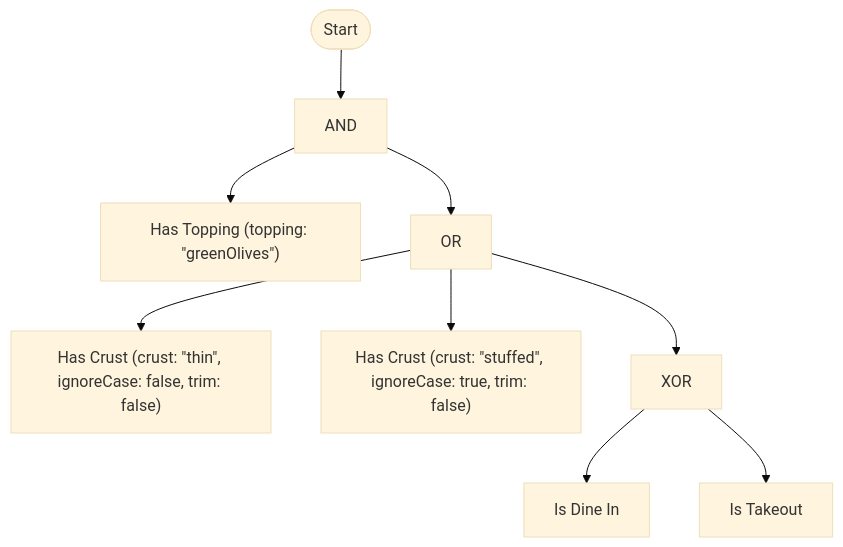
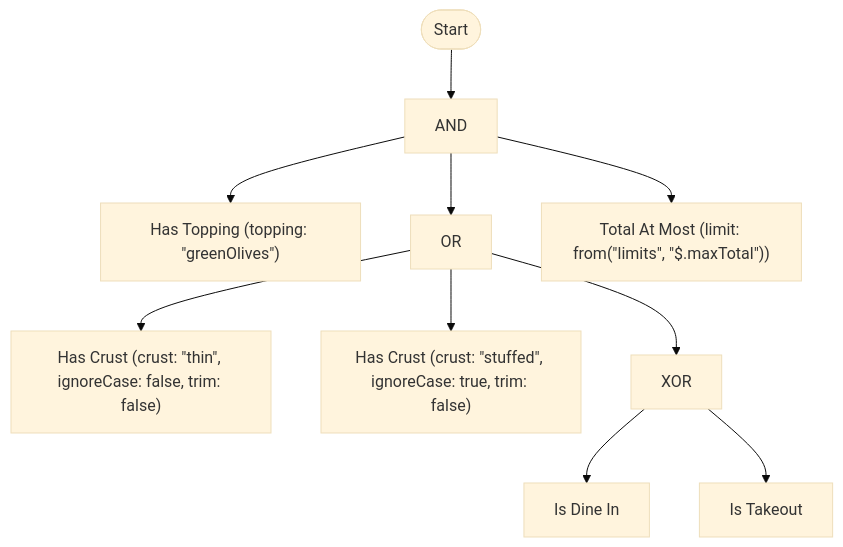
Before and after one commit to rheone/TruthWeaver: the first of 4 diagrams in docs/examples.md, drawn with Mermaid (base theme). The commit also changed other lines of this file and 822 other files, not shown here.

````diff
--- a/docs/examples.md
+++ b/docs/examples.md
@@ -252,19 +330,21 @@
 ```mermaid
 flowchart TD
     Start(["Start"]) --> n0
     n0["AND"]
     n1["Has Topping (topping: #quot;greenOlives#quot;)"]
     n0 --> n1
     n2["OR"]
     n3["Has Crust (crust: #quot;thin#quot;, ignoreCase: false, trim: false)"]
     n2 --> n3
     n4["Has Crust (crust: #quot;stuffed#quot;, ignoreCase: true, trim: false)"]
     n2 --> n4
     n5["XOR"]
     n6["Is Dine In"]
     n5 --> n6
     n7["Is Takeout"]
     n5 --> n7
     n2 --> n5
     n0 --> n2
+    n8["Total At Most (limit: from(#quot;limits#quot;, #quot;$.maxTotal#quot;))"]
+    n0 --> n8
 ```
````
